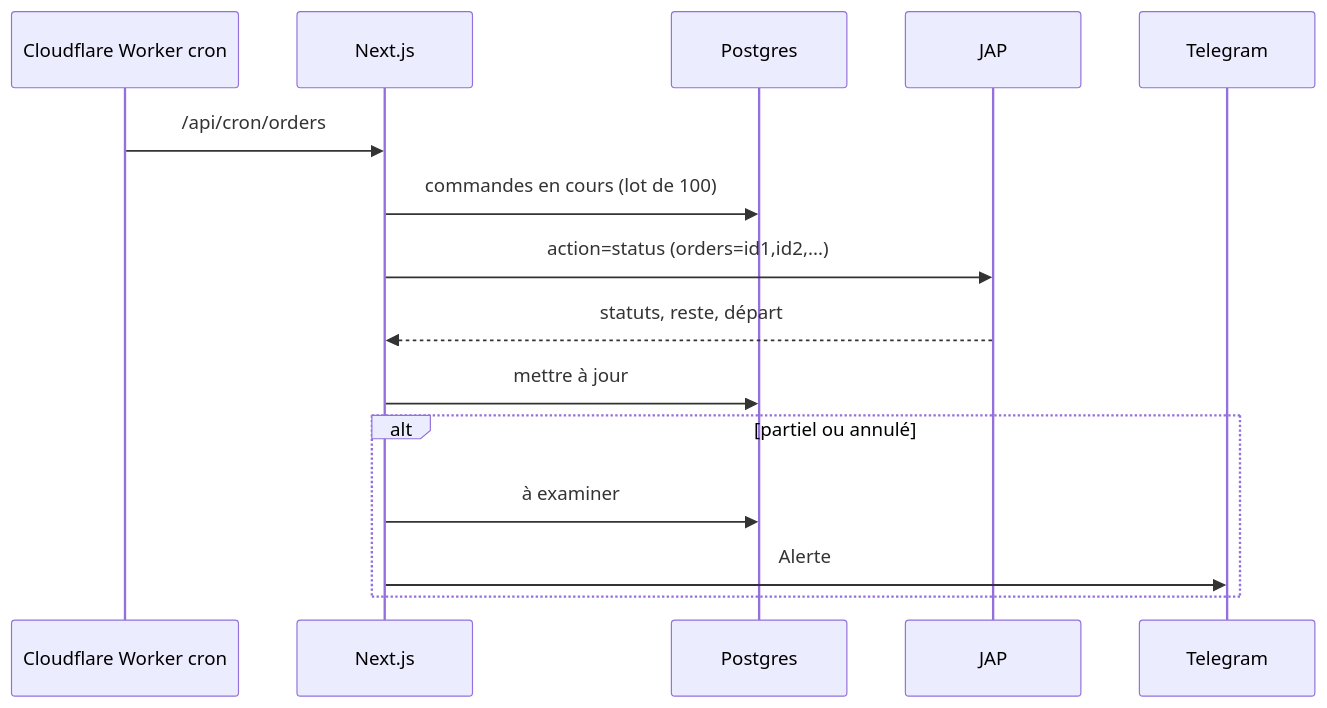
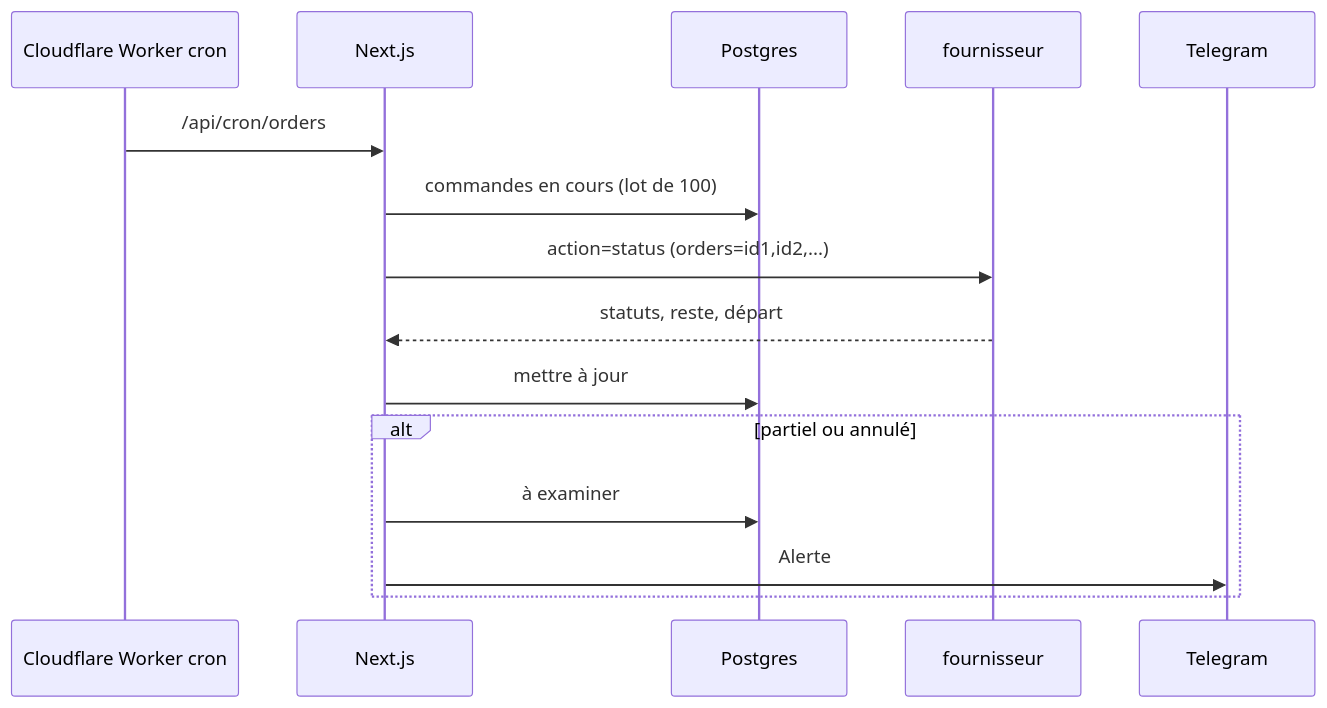
One commit to lyon32/lyonpanel changed the eighth of 13 diagrams in ARCHITECTURE.md. Above: the diagram before and after it, drawn with Mermaid. The commit also changed other lines of this file and 39 other files, not shown here.

Commit message:
docs(phase-4): phase 3 validée, JAP remplacé par fournisseur, plan de la phase 4

````diff
--- a/ARCHITECTURE.md
+++ b/ARCHITECTURE.md
@@ -215,17 +215,17 @@
 ```mermaid
 sequenceDiagram
   participant CR as Cloudflare Worker cron
   participant N as Next.js
   participant DB as Postgres
-  participant J as JAP
+  participant J as fournisseur
   participant T as Telegram
   CR->>N: /api/cron/orders
   N->>DB: commandes en cours (lot de 100)
   N->>J: action=status (orders=id1,id2,...)
   J-->>N: statuts, reste, départ
   N->>DB: mettre à jour
   alt partiel ou annulé
     N->>DB: à examiner
     N->>T: Alerte
   end
 ```
````
